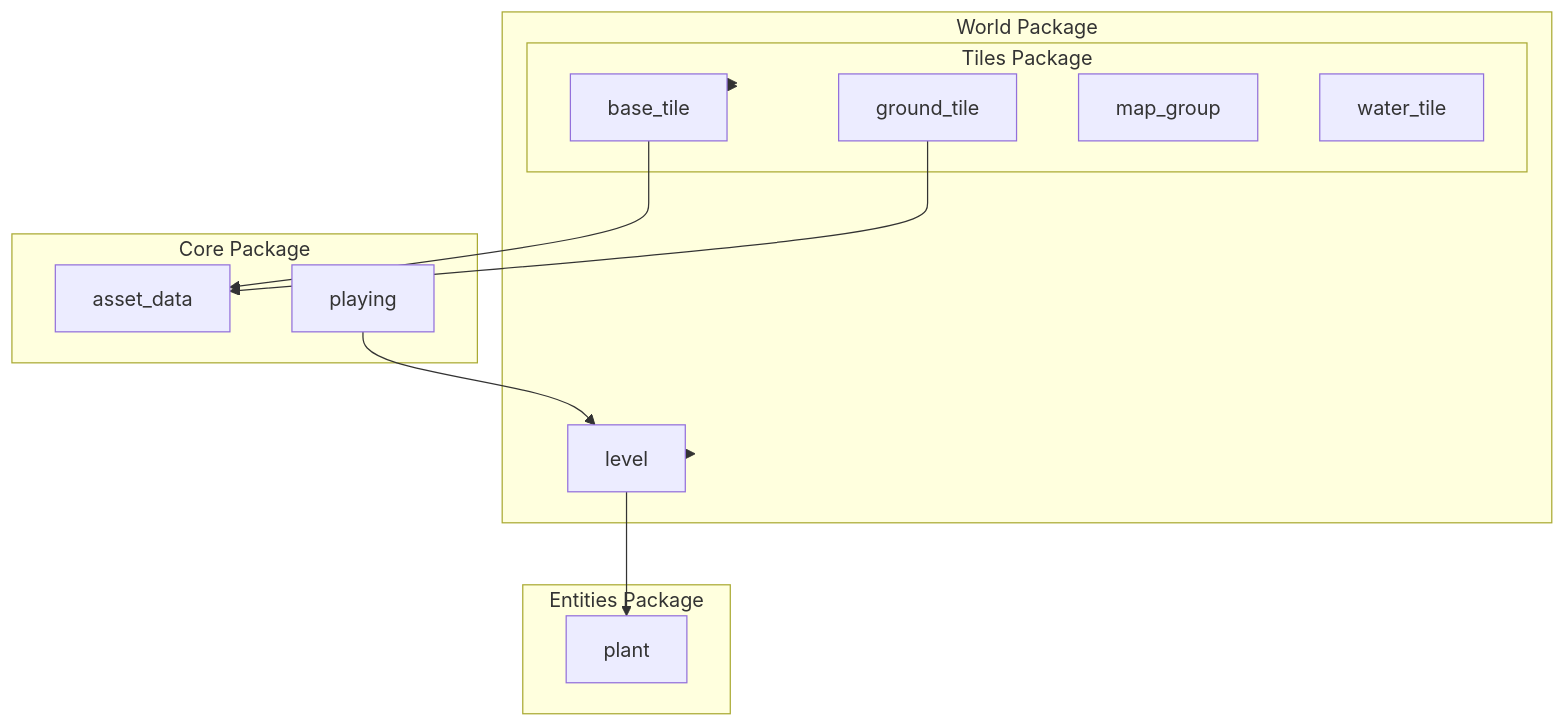
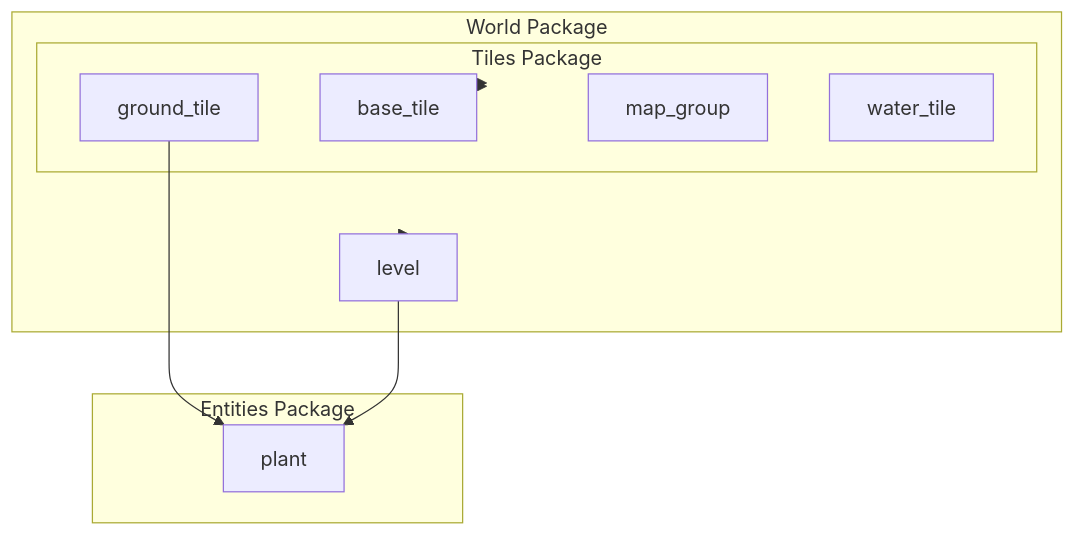
One commit to FlamboyantKiwi/Python-Plant-Sim changed the diagram in diagrams/packages/package_world.mmd. Above: the diagram before and after it, drawn with Mermaid. The commit also changed 98 other files, not shown here.

```diff
--- a/diagrams/packages/package_world.mmd
+++ b/diagrams/packages/package_world.mmd
@@ -1,28 +1,22 @@
 flowchart TB
     direction TB
 
     subgraph world [World Package]
         level
         subgraph tiles [Tiles Package]
             base_tile
             ground_tile
             map_group
             water_tile
         end
     end
-    subgraph core [Core Package]
-        asset_data
-        playing
-    end
     subgraph entities [Entities Package]
         plant
     end
 
     %% Structural & Dependency Links
     world --> level
     world --> tiles
     world --> tiles
-    base_tile --> asset_data
-    ground_tile --> asset_data
+    ground_tile --> plant
     level --> plant
-    playing --> level
```
